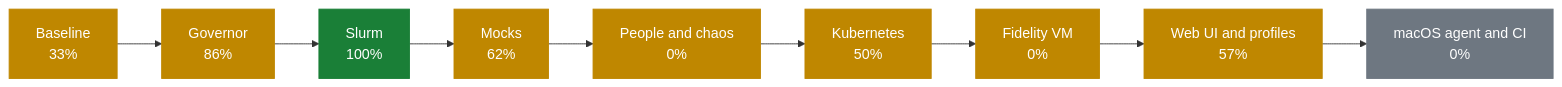
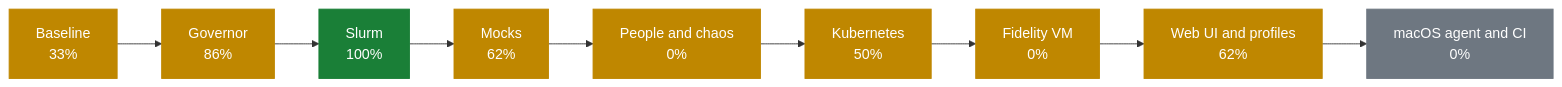
The first of 2 diagrams in docs/PROGRESS.md (AhmedYousriSobhi/workbench), drawn with Mermaid before and after one commit. The commit also changed other lines of this file and 6 other files, not shown here.

````diff
--- a/docs/PROGRESS.md
+++ b/docs/PROGRESS.md
@@ -10,17 +10,17 @@
 ```mermaid
 flowchart LR
     p0["Baseline<br/>33%"]:::partial
     p1["Governor<br/>86%"]:::partial
     p2["Slurm<br/>100%"]:::done
     p3["Mocks<br/>62%"]:::partial
     p4["People and chaos<br/>0%"]:::partial
     p5["Kubernetes<br/>50%"]:::partial
     p6["Fidelity VM<br/>0%"]:::partial
-    p7["Web UI and profiles<br/>57%"]:::partial
+    p7["Web UI and profiles<br/>62%"]:::partial
     p8["macOS agent and CI<br/>0%"]:::todo
     p0 --> p1 --> p2 --> p3 --> p4 --> p5 --> p6 --> p7 --> p8
     classDef done fill:#1a7f37,stroke:#1a7f37,color:#fff
     classDef review fill:#0969da,stroke:#0969da,color:#fff
     classDef partial fill:#bf8700,stroke:#bf8700,color:#fff
     classDef todo fill:#6e7781,stroke:#6e7781,color:#fff
 ```
````
